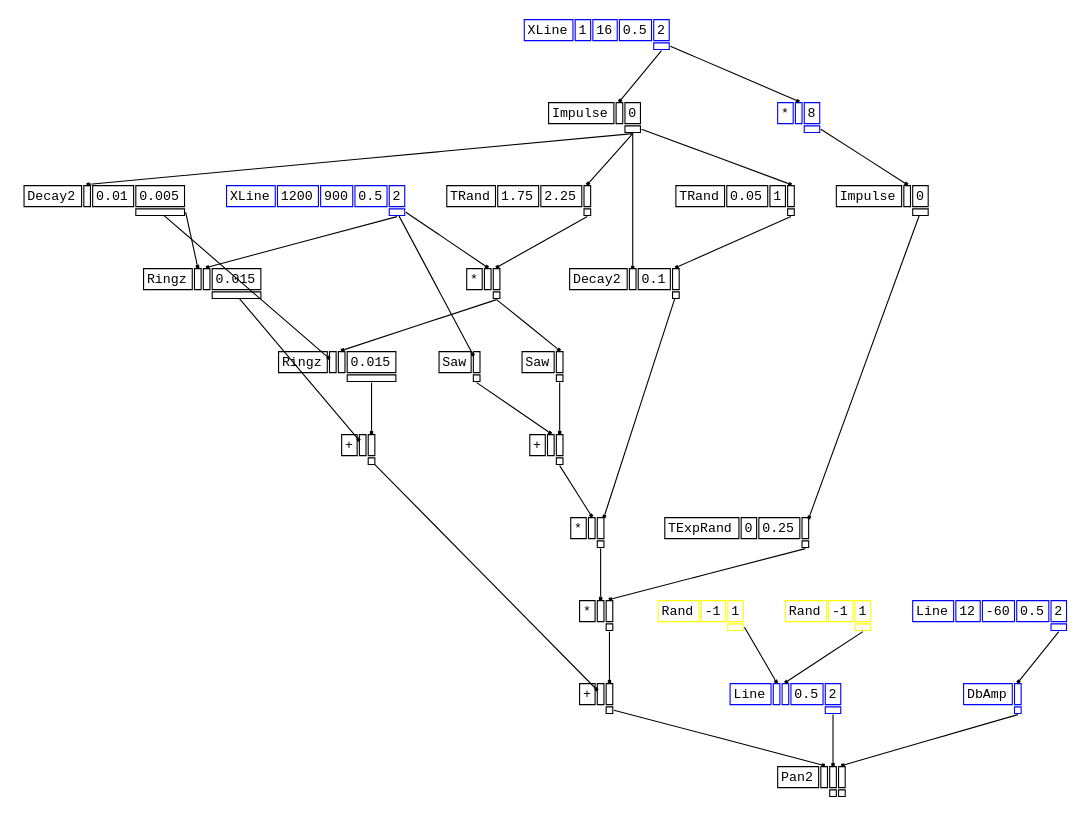
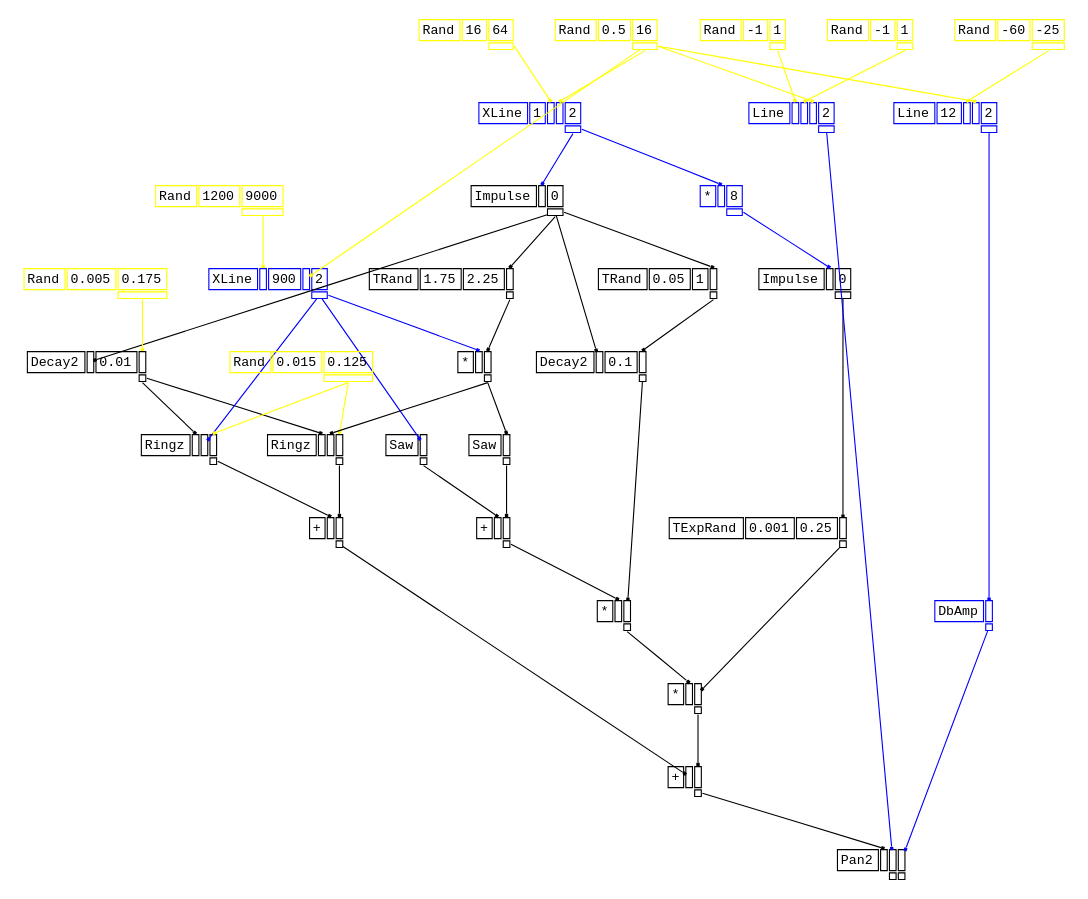
One commit to rd--/hsc3-graphs changed the diagram in dot/trkl.dot. Above: the diagram before and after it, drawn with Graphviz. The commit also changed 64 other files, not shown here.

```diff
--- a/dot/trkl.dot
+++ b/dot/trkl.dot
@@ -2,63 +2,79 @@
 graph [splines=false];
 node [fontsize=12,fontname="Courier"];
 edge [arrowhead=box,arrowsize=0.25];
-u_4[shape="plaintext",color="blue",label=<<TABLE BORDER="0" CELLBORDER="1"><TR><TD>XLine</TD><TD ID="u_4:K_0">1</TD><TD ID="u_4:K_1">16</TD><TD ID="u_4:K_2">0.5</TD><TD ID="u_4:K_3">2</TD></TR><TR><TD BORDER="0"></TD><TD BORDER="0"></TD><TD BORDER="0"></TD><TD BORDER="0"></TD><TD PORT="o_0" ID="u_4:o_0"></TD></TR></TABLE>>];
-u_6[shape="plaintext",color="black",label=<<TABLE BORDER="0" CELLBORDER="1"><TR><TD>Impulse</TD><TD PORT="i_0" ID="u_6:i_0"></TD><TD ID="u_6:K_1">0</TD></TR><TR><TD BORDER="0"></TD><TD BORDER="0"></TD><TD PORT="o_0" ID="u_6:o_0"></TD></TR></TABLE>>];
-u_9[shape="plaintext",color="black",label=<<TABLE BORDER="0" CELLBORDER="1"><TR><TD>Decay2</TD><TD PORT="i_0" ID="u_9:i_0"></TD><TD ID="u_9:K_1">0.01</TD><TD ID="u_9:K_2">0.005</TD></TR><TR><TD BORDER="0"></TD><TD BORDER="0"></TD><TD BORDER="0"></TD><TD PORT="o_0" ID="u_9:o_0"></TD></TR></TABLE>>];
-u_12[shape="plaintext",color="blue",label=<<TABLE BORDER="0" CELLBORDER="1"><TR><TD>XLine</TD><TD ID="u_12:K_0">1200</TD><TD ID="u_12:K_1">900</TD><TD ID="u_12:K_2">0.5</TD><TD ID="u_12:K_3">2</TD></TR><TR><TD BORDER="0"></TD><TD BORDER="0"></TD><TD BORDER="0"></TD><TD BORDER="0"></TD><TD PORT="o_0" ID="u_12:o_0"></TD></TR></TABLE>>];
-u_14[shape="plaintext",color="black",label=<<TABLE BORDER="0" CELLBORDER="1"><TR><TD>Ringz</TD><TD PORT="i_0" ID="u_14:i_0"></TD><TD PORT="i_1" ID="u_14:i_1"></TD><TD ID="u_14:K_2">0.015</TD></TR><TR><TD BORDER="0"></TD><TD BORDER="0"></TD><TD BORDER="0"></TD><TD PORT="o_0" ID="u_14:o_0"></TD></TR></TABLE>>];
-u_17[shape="plaintext",color="black",label=<<TABLE BORDER="0" CELLBORDER="1"><TR><TD>TRand</TD><TD ID="u_17:K_0">1.75</TD><TD ID="u_17:K_1">2.25</TD><TD PORT="i_2" ID="u_17:i_2"></TD></TR><TR><TD BORDER="0"></TD><TD BORDER="0"></TD><TD BORDER="0"></TD><TD PORT="o_0" ID="u_17:o_0"></TD></TR></TABLE>>];
-u_18[shape="plaintext",color="black",label=<<TABLE BORDER="0" CELLBORDER="1"><TR><TD>*</TD><TD PORT="i_0" ID="u_18:i_0"></TD><TD PORT="i_1" ID="u_18:i_1"></TD></TR><TR><TD BORDER="0"></TD><TD BORDER="0"></TD><TD PORT="o_0" ID="u_18:o_0"></TD></TR></TABLE>>];
-u_19[shape="plaintext",color="black",label=<<TABLE BORDER="0" CELLBORDER="1"><TR><TD>Ringz</TD><TD PORT="i_0" ID="u_19:i_0"></TD><TD PORT="i_1" ID="u_19:i_1"></TD><TD ID="u_19:K_2">0.015</TD></TR><TR><TD BORDER="0"></TD><TD BORDER="0"></TD><TD BORDER="0"></TD><TD PORT="o_0" ID="u_19:o_0"></TD></TR></TABLE>>];
-u_20[shape="plaintext",color="black",label=<<TABLE BORDER="0" CELLBORDER="1"><TR><TD>+</TD><TD PORT="i_0" ID="u_20:i_0"></TD><TD PORT="i_1" ID="u_20:i_1"></TD></TR><TR><TD BORDER="0"></TD><TD BORDER="0"></TD><TD PORT="o_0" ID="u_20:o_0"></TD></TR></TABLE>>];
-u_21[shape="plaintext",color="black",label=<<TABLE BORDER="0" CELLBORDER="1"><TR><TD>Saw</TD><TD PORT="i_0" ID="u_21:i_0"></TD></TR><TR><TD BORDER="0"></TD><TD PORT="o_0" ID="u_21:o_0"></TD></TR></TABLE>>];
-u_22[shape="plaintext",color="black",label=<<TABLE BORDER="0" CELLBORDER="1"><TR><TD>Saw</TD><TD PORT="i_0" ID="u_22:i_0"></TD></TR><TR><TD BORDER="0"></TD><TD PORT="o_0" ID="u_22:o_0"></TD></TR></TABLE>>];
-u_23[shape="plaintext",color="black",label=<<TABLE BORDER="0" CELLBORDER="1"><TR><TD>+</TD><TD PORT="i_0" ID="u_23:i_0"></TD><TD PORT="i_1" ID="u_23:i_1"></TD></TR><TR><TD BORDER="0"></TD><TD BORDER="0"></TD><TD PORT="o_0" ID="u_23:o_0"></TD></TR></TABLE>>];
-u_26[shape="plaintext",color="black",label=<<TABLE BORDER="0" CELLBORDER="1"><TR><TD>TRand</TD><TD ID="u_26:K_0">0.05</TD><TD ID="u_26:K_1">1</TD><TD PORT="i_2" ID="u_26:i_2"></TD></TR><TR><TD BORDER="0"></TD><TD BORDER="0"></TD><TD BORDER="0"></TD><TD PORT="o_0" ID="u_26:o_0"></TD></TR></TABLE>>];
-u_27[shape="plaintext",color="black",label=<<TABLE BORDER="0" CELLBORDER="1"><TR><TD>Decay2</TD><TD PORT="i_0" ID="u_27:i_0"></TD><TD ID="u_27:K_1">0.1</TD><TD PORT="i_2" ID="u_27:i_2"></TD></TR><TR><TD BORDER="0"></TD><TD BORDER="0"></TD><TD BORDER="0"></TD><TD PORT="o_0" ID="u_27:o_0"></TD></TR></TABLE>>];
-u_28[shape="plaintext",color="black",label=<<TABLE BORDER="0" CELLBORDER="1"><TR><TD>*</TD><TD PORT="i_0" ID="u_28:i_0"></TD><TD PORT="i_1" ID="u_28:i_1"></TD></TR><TR><TD BORDER="0"></TD><TD BORDER="0"></TD><TD PORT="o_0" ID="u_28:o_0"></TD></TR></TABLE>>];
-u_31[shape="plaintext",color="blue",label=<<TABLE BORDER="0" CELLBORDER="1"><TR><TD>*</TD><TD PORT="i_0" ID="u_31:i_0"></TD><TD ID="u_31:K_1">8</TD></TR><TR><TD BORDER="0"></TD><TD BORDER="0"></TD><TD PORT="o_0" ID="u_31:o_0"></TD></TR></TABLE>>];
-u_32[shape="plaintext",color="black",label=<<TABLE BORDER="0" CELLBORDER="1"><TR><TD>Impulse</TD><TD PORT="i_0" ID="u_32:i_0"></TD><TD ID="u_32:K_1">0</TD></TR><TR><TD BORDER="0"></TD><TD BORDER="0"></TD><TD PORT="o_0" ID="u_32:o_0"></TD></TR></TABLE>>];
-u_33[shape="plaintext",color="black",label=<<TABLE BORDER="0" CELLBORDER="1"><TR><TD>TExpRand</TD><TD ID="u_33:K_0">0</TD><TD ID="u_33:K_1">0.25</TD><TD PORT="i_2" ID="u_33:i_2"></TD></TR><TR><TD BORDER="0"></TD><TD BORDER="0"></TD><TD BORDER="0"></TD><TD PORT="o_0" ID="u_33:o_0"></TD></TR></TABLE>>];
-u_34[shape="plaintext",color="black",label=<<TABLE BORDER="0" CELLBORDER="1"><TR><TD>*</TD><TD PORT="i_0" ID="u_34:i_0"></TD><TD PORT="i_1" ID="u_34:i_1"></TD></TR><TR><TD BORDER="0"></TD><TD BORDER="0"></TD><TD PORT="o_0" ID="u_34:o_0"></TD></TR></TABLE>>];
-u_35[shape="plaintext",color="black",label=<<TABLE BORDER="0" CELLBORDER="1"><TR><TD>+</TD><TD PORT="i_0" ID="u_35:i_0"></TD><TD PORT="i_1" ID="u_35:i_1"></TD></TR><TR><TD BORDER="0"></TD><TD BORDER="0"></TD><TD PORT="o_0" ID="u_35:o_0"></TD></TR></TABLE>>];
-u_37[shape="plaintext",color="yellow",label=<<TABLE BORDER="0" CELLBORDER="1"><TR><TD>Rand</TD><TD ID="u_37:K_0">-1</TD><TD ID="u_37:K_1">1</TD></TR><TR><TD BORDER="0"></TD><TD BORDER="0"></TD><TD PORT="o_0" ID="u_37:o_0"></TD></TR></TABLE>>];
-u_38[shape="plaintext",color="yellow",label=<<TABLE BORDER="0" CELLBORDER="1"><TR><TD>Rand</TD><TD ID="u_38:K_0">-1</TD><TD ID="u_38:K_1">1</TD></TR><TR><TD BORDER="0"></TD><TD BORDER="0"></TD><TD PORT="o_0" ID="u_38:o_0"></TD></TR></TABLE>>];
-u_39[shape="plaintext",color="blue",label=<<TABLE BORDER="0" CELLBORDER="1"><TR><TD>Line</TD><TD PORT="i_0" ID="u_39:i_0"></TD><TD PORT="i_1" ID="u_39:i_1"></TD><TD ID="u_39:K_2">0.5</TD><TD ID="u_39:K_3">2</TD></TR><TR><TD BORDER="0"></TD><TD BORDER="0"></TD><TD BORDER="0"></TD><TD BORDER="0"></TD><TD PORT="o_0" ID="u_39:o_0"></TD></TR></TABLE>>];
-u_42[shape="plaintext",color="blue",label=<<TABLE BORDER="0" CELLBORDER="1"><TR><TD>Line</TD><TD ID="u_42:K_0">12</TD><TD ID="u_42:K_1">-60</TD><TD ID="u_42:K_2">0.5</TD><TD ID="u_42:K_3">2</TD></TR><TR><TD BORDER="0"></TD><TD BORDER="0"></TD><TD BORDER="0"></TD><TD BORDER="0"></TD><TD PORT="o_0" ID="u_42:o_0"></TD></TR></TABLE>>];
-u_43[shape="plaintext",color="blue",label=<<TABLE BORDER="0" CELLBORDER="1"><TR><TD>DbAmp</TD><TD PORT="i_0" ID="u_43:i_0"></TD></TR><TR><TD BORDER="0"></TD><TD PORT="o_0" ID="u_43:o_0"></TD></TR></TABLE>>];
-u_44[shape="plaintext",color="black",label=<<TABLE BORDER="0" CELLBORDER="1"><TR><TD>Pan2</TD><TD PORT="i_0" ID="u_44:i_0"></TD><TD PORT="i_1" ID="u_44:i_1"></TD><TD PORT="i_2" ID="u_44:i_2"></TD></TR><TR><TD BORDER="0"></TD><TD BORDER="0"></TD><TD PORT="o_0" ID="u_44:o_0"></TD><TD PORT="o_1" ID="u_44:o_1"></TD></TR></TABLE>>];
-u_4:o_0 -> u_6:i_0;
-u_6:o_0 -> u_9:i_0;
-u_9:o_0 -> u_14:i_0;
-u_12:o_0 -> u_14:i_1;
-u_6:o_0 -> u_17:i_2;
-u_12:o_0 -> u_18:i_0;
-u_17:o_0 -> u_18:i_1;
-u_9:o_0 -> u_19:i_0;
-u_18:o_0 -> u_19:i_1;
-u_14:o_0 -> u_20:i_0;
-u_19:o_0 -> u_20:i_1;
-u_12:o_0 -> u_21:i_0;
-u_18:o_0 -> u_22:i_0;
-u_21:o_0 -> u_23:i_0;
-u_22:o_0 -> u_23:i_1;
-u_6:o_0 -> u_26:i_2;
-u_6:o_0 -> u_27:i_0;
-u_26:o_0 -> u_27:i_2;
-u_23:o_0 -> u_28:i_0;
-u_27:o_0 -> u_28:i_1;
-u_4:o_0 -> u_31:i_0;
-u_31:o_0 -> u_32:i_0;
-u_32:o_0 -> u_33:i_2;
-u_28:o_0 -> u_34:i_0;
-u_33:o_0 -> u_34:i_1;
-u_20:o_0 -> u_35:i_0;
-u_34:o_0 -> u_35:i_1;
-u_37:o_0 -> u_39:i_0;
-u_38:o_0 -> u_39:i_1;
-u_42:o_0 -> u_43:i_0;
-u_35:o_0 -> u_44:i_0;
-u_39:o_0 -> u_44:i_1;
-u_43:o_0 -> u_44:i_2;
+u_3 [shape="plaintext",color="yellow",label=<<TABLE BORDER="0" CELLBORDER="1"><TR><TD>Rand</TD><TD>16</TD><TD>64</TD></TR><TR><TD BORDER="0"></TD><TD BORDER="0"></TD><TD PORT="o_0"></TD></TR></TABLE>>];
+u_5 [shape="plaintext",color="yellow",label=<<TABLE BORDER="0" CELLBORDER="1"><TR><TD>Rand</TD><TD>0.5</TD><TD>16</TD></TR><TR><TD BORDER="0"></TD><TD BORDER="0"></TD><TD PORT="o_0"></TD></TR></TABLE>>];
+u_7 [shape="plaintext",color="blue",label=<<TABLE BORDER="0" CELLBORDER="1"><TR><TD>XLine</TD><TD>1</TD><TD PORT="i_1"></TD><TD PORT="i_2"></TD><TD>2</TD></TR><TR><TD BORDER="0"></TD><TD BORDER="0"></TD><TD BORDER="0"></TD><TD BORDER="0"></TD><TD PORT="o_0"></TD></TR></TABLE>>];
+u_9 [shape="plaintext",color="black",label=<<TABLE BORDER="0" CELLBORDER="1"><TR><TD>Impulse</TD><TD PORT="i_0"></TD><TD>0</TD></TR><TR><TD BORDER="0"></TD><TD BORDER="0"></TD><TD PORT="o_0"></TD></TR></TABLE>>];
+u_13 [shape="plaintext",color="yellow",label=<<TABLE BORDER="0" CELLBORDER="1"><TR><TD>Rand</TD><TD>0.005</TD><TD>0.175</TD></TR><TR><TD BORDER="0"></TD><TD BORDER="0"></TD><TD PORT="o_0"></TD></TR></TABLE>>];
+u_14 [shape="plaintext",color="black",label=<<TABLE BORDER="0" CELLBORDER="1"><TR><TD>Decay2</TD><TD PORT="i_0"></TD><TD>0.01</TD><TD PORT="i_2"></TD></TR><TR><TD BORDER="0"></TD><TD BORDER="0"></TD><TD BORDER="0"></TD><TD PORT="o_0"></TD></TR></TABLE>>];
+u_17 [shape="plaintext",color="yellow",label=<<TABLE BORDER="0" CELLBORDER="1"><TR><TD>Rand</TD><TD>1200</TD><TD>9000</TD></TR><TR><TD BORDER="0"></TD><TD BORDER="0"></TD><TD PORT="o_0"></TD></TR></TABLE>>];
+u_19 [shape="plaintext",color="blue",label=<<TABLE BORDER="0" CELLBORDER="1"><TR><TD>XLine</TD><TD PORT="i_0"></TD><TD>900</TD><TD PORT="i_2"></TD><TD>2</TD></TR><TR><TD BORDER="0"></TD><TD BORDER="0"></TD><TD BORDER="0"></TD><TD BORDER="0"></TD><TD PORT="o_0"></TD></TR></TABLE>>];
+u_22 [shape="plaintext",color="yellow",label=<<TABLE BORDER="0" CELLBORDER="1"><TR><TD>Rand</TD><TD>0.015</TD><TD>0.125</TD></TR><TR><TD BORDER="0"></TD><TD BORDER="0"></TD><TD PORT="o_0"></TD></TR></TABLE>>];
+u_23 [shape="plaintext",color="black",label=<<TABLE BORDER="0" CELLBORDER="1"><TR><TD>Ringz</TD><TD PORT="i_0"></TD><TD PORT="i_1"></TD><TD PORT="i_2"></TD></TR><TR><TD BORDER="0"></TD><TD BORDER="0"></TD><TD BORDER="0"></TD><TD PORT="o_0"></TD></TR></TABLE>>];
+u_26 [shape="plaintext",color="black",label=<<TABLE BORDER="0" CELLBORDER="1"><TR><TD>TRand</TD><TD>1.75</TD><TD>2.25</TD><TD PORT="i_2"></TD></TR><TR><TD BORDER="0"></TD><TD BORDER="0"></TD><TD BORDER="0"></TD><TD PORT="o_0"></TD></TR></TABLE>>];
+u_27 [shape="plaintext",color="black",label=<<TABLE BORDER="0" CELLBORDER="1"><TR><TD>*</TD><TD PORT="i_0"></TD><TD PORT="i_1"></TD></TR><TR><TD BORDER="0"></TD><TD BORDER="0"></TD><TD PORT="o_0"></TD></TR></TABLE>>];
+u_28 [shape="plaintext",color="black",label=<<TABLE BORDER="0" CELLBORDER="1"><TR><TD>Ringz</TD><TD PORT="i_0"></TD><TD PORT="i_1"></TD><TD PORT="i_2"></TD></TR><TR><TD BORDER="0"></TD><TD BORDER="0"></TD><TD BORDER="0"></TD><TD PORT="o_0"></TD></TR></TABLE>>];
+u_29 [shape="plaintext",color="black",label=<<TABLE BORDER="0" CELLBORDER="1"><TR><TD>+</TD><TD PORT="i_0"></TD><TD PORT="i_1"></TD></TR><TR><TD BORDER="0"></TD><TD BORDER="0"></TD><TD PORT="o_0"></TD></TR></TABLE>>];
+u_30 [shape="plaintext",color="black",label=<<TABLE BORDER="0" CELLBORDER="1"><TR><TD>Saw</TD><TD PORT="i_0"></TD></TR><TR><TD BORDER="0"></TD><TD PORT="o_0"></TD></TR></TABLE>>];
+u_31 [shape="plaintext",color="black",label=<<TABLE BORDER="0" CELLBORDER="1"><TR><TD>Saw</TD><TD PORT="i_0"></TD></TR><TR><TD BORDER="0"></TD><TD PORT="o_0"></TD></TR></TABLE>>];
+u_32 [shape="plaintext",color="black",label=<<TABLE BORDER="0" CELLBORDER="1"><TR><TD>+</TD><TD PORT="i_0"></TD><TD PORT="i_1"></TD></TR><TR><TD BORDER="0"></TD><TD BORDER="0"></TD><TD PORT="o_0"></TD></TR></TABLE>>];
+u_35 [shape="plaintext",color="black",label=<<TABLE BORDER="0" CELLBORDER="1"><TR><TD>TRand</TD><TD>0.05</TD><TD>1</TD><TD PORT="i_2"></TD></TR><TR><TD BORDER="0"></TD><TD BORDER="0"></TD><TD BORDER="0"></TD><TD PORT="o_0"></TD></TR></TABLE>>];
+u_36 [shape="plaintext",color="black",label=<<TABLE BORDER="0" CELLBORDER="1"><TR><TD>Decay2</TD><TD PORT="i_0"></TD><TD>0.1</TD><TD PORT="i_2"></TD></TR><TR><TD BORDER="0"></TD><TD BORDER="0"></TD><TD BORDER="0"></TD><TD PORT="o_0"></TD></TR></TABLE>>];
+u_37 [shape="plaintext",color="black",label=<<TABLE BORDER="0" CELLBORDER="1"><TR><TD>*</TD><TD PORT="i_0"></TD><TD PORT="i_1"></TD></TR><TR><TD BORDER="0"></TD><TD BORDER="0"></TD><TD PORT="o_0"></TD></TR></TABLE>>];
+u_41 [shape="plaintext",color="blue",label=<<TABLE BORDER="0" CELLBORDER="1"><TR><TD>*</TD><TD PORT="i_0"></TD><TD>8</TD></TR><TR><TD BORDER="0"></TD><TD BORDER="0"></TD><TD PORT="o_0"></TD></TR></TABLE>>];
+u_42 [shape="plaintext",color="black",label=<<TABLE BORDER="0" CELLBORDER="1"><TR><TD>Impulse</TD><TD PORT="i_0"></TD><TD>0</TD></TR><TR><TD BORDER="0"></TD><TD BORDER="0"></TD><TD PORT="o_0"></TD></TR></TABLE>>];
+u_43 [shape="plaintext",color="black",label=<<TABLE BORDER="0" CELLBORDER="1"><TR><TD>TExpRand</TD><TD>0.001</TD><TD>0.25</TD><TD PORT="i_2"></TD></TR><TR><TD BORDER="0"></TD><TD BORDER="0"></TD><TD BORDER="0"></TD><TD PORT="o_0"></TD></TR></TABLE>>];
+u_44 [shape="plaintext",color="black",label=<<TABLE BORDER="0" CELLBORDER="1"><TR><TD>*</TD><TD PORT="i_0"></TD><TD PORT="i_1"></TD></TR><TR><TD BORDER="0"></TD><TD BORDER="0"></TD><TD PORT="o_0"></TD></TR></TABLE>>];
+u_45 [shape="plaintext",color="black",label=<<TABLE BORDER="0" CELLBORDER="1"><TR><TD>+</TD><TD PORT="i_0"></TD><TD PORT="i_1"></TD></TR><TR><TD BORDER="0"></TD><TD BORDER="0"></TD><TD PORT="o_0"></TD></TR></TABLE>>];
+u_47 [shape="plaintext",color="yellow",label=<<TABLE BORDER="0" CELLBORDER="1"><TR><TD>Rand</TD><TD>-1</TD><TD>1</TD></TR><TR><TD BORDER="0"></TD><TD BORDER="0"></TD><TD PORT="o_0"></TD></TR></TABLE>>];
+u_48 [shape="plaintext",color="yellow",label=<<TABLE BORDER="0" CELLBORDER="1"><TR><TD>Rand</TD><TD>-1</TD><TD>1</TD></TR><TR><TD BORDER="0"></TD><TD BORDER="0"></TD><TD PORT="o_0"></TD></TR></TABLE>>];
+u_49 [shape="plaintext",color="blue",label=<<TABLE BORDER="0" CELLBORDER="1"><TR><TD>Line</TD><TD PORT="i_0"></TD><TD PORT="i_1"></TD><TD PORT="i_2"></TD><TD>2</TD></TR><TR><TD BORDER="0"></TD><TD BORDER="0"></TD><TD BORDER="0"></TD><TD BORDER="0"></TD><TD PORT="o_0"></TD></TR></TABLE>>];
+u_53 [shape="plaintext",color="yellow",label=<<TABLE BORDER="0" CELLBORDER="1"><TR><TD>Rand</TD><TD>-60</TD><TD>-25</TD></TR><TR><TD BORDER="0"></TD><TD BORDER="0"></TD><TD PORT="o_0"></TD></TR></TABLE>>];
+u_54 [shape="plaintext",color="blue",label=<<TABLE BORDER="0" CELLBORDER="1"><TR><TD>Line</TD><TD>12</TD><TD PORT="i_1"></TD><TD PORT="i_2"></TD><TD>2</TD></TR><TR><TD BORDER="0"></TD><TD BORDER="0"></TD><TD BORDER="0"></TD><TD BORDER="0"></TD><TD PORT="o_0"></TD></TR></TABLE>>];
+u_55 [shape="plaintext",color="blue",label=<<TABLE BORDER="0" CELLBORDER="1"><TR><TD>DbAmp</TD><TD PORT="i_0"></TD></TR><TR><TD BORDER="0"></TD><TD PORT="o_0"></TD></TR></TABLE>>];
+u_56 [shape="plaintext",color="black",label=<<TABLE BORDER="0" CELLBORDER="1"><TR><TD>Pan2</TD><TD PORT="i_0"></TD><TD PORT="i_1"></TD><TD PORT="i_2"></TD></TR><TR><TD BORDER="0"></TD><TD BORDER="0"></TD><TD PORT="o_0"></TD><TD PORT="o_1"></TD></TR></TABLE>>];
+u_3:o_0 -> u_7:i_1 [color=yellow];
+u_5:o_0 -> u_7:i_2 [color=yellow];
+u_7:o_0 -> u_9:i_0 [color=blue];
+u_9:o_0 -> u_14:i_0 [color=black];
+u_13:o_0 -> u_14:i_2 [color=yellow];
+u_17:o_0 -> u_19:i_0 [color=yellow];
+u_5:o_0 -> u_19:i_2 [color=yellow];
+u_14:o_0 -> u_23:i_0 [color=black];
+u_19:o_0 -> u_23:i_1 [color=blue];
+u_22:o_0 -> u_23:i_2 [color=yellow];
+u_9:o_0 -> u_26:i_2 [color=black];
+u_19:o_0 -> u_27:i_0 [color=blue];
+u_26:o_0 -> u_27:i_1 [color=black];
+u_14:o_0 -> u_28:i_0 [color=black];
+u_27:o_0 -> u_28:i_1 [color=black];
+u_22:o_0 -> u_28:i_2 [color=yellow];
+u_23:o_0 -> u_29:i_0 [color=black];
+u_28:o_0 -> u_29:i_1 [color=black];
+u_19:o_0 -> u_30:i_0 [color=blue];
+u_27:o_0 -> u_31:i_0 [color=black];
+u_30:o_0 -> u_32:i_0 [color=black];
+u_31:o_0 -> u_32:i_1 [color=black];
+u_9:o_0 -> u_35:i_2 [color=black];
+u_9:o_0 -> u_36:i_0 [color=black];
+u_35:o_0 -> u_36:i_2 [color=black];
+u_32:o_0 -> u_37:i_0 [color=black];
+u_36:o_0 -> u_37:i_1 [color=black];
+u_7:o_0 -> u_41:i_0 [color=blue];
+u_41:o_0 -> u_42:i_0 [color=blue];
+u_42:o_0 -> u_43:i_2 [color=black];
+u_37:o_0 -> u_44:i_0 [color=black];
+u_43:o_0 -> u_44:i_1 [color=black];
+u_29:o_0 -> u_45:i_0 [color=black];
+u_44:o_0 -> u_45:i_1 [color=black];
+u_47:o_0 -> u_49:i_0 [color=yellow];
+u_48:o_0 -> u_49:i_1 [color=yellow];
+u_5:o_0 -> u_49:i_2 [color=yellow];
+u_53:o_0 -> u_54:i_1 [color=yellow];
+u_5:o_0 -> u_54:i_2 [color=yellow];
+u_54:o_0 -> u_55:i_0 [color=blue];
+u_45:o_0 -> u_56:i_0 [color=black];
+u_49:o_0 -> u_56:i_1 [color=blue];
+u_55:o_0 -> u_56:i_2 [color=blue];
 }
```
